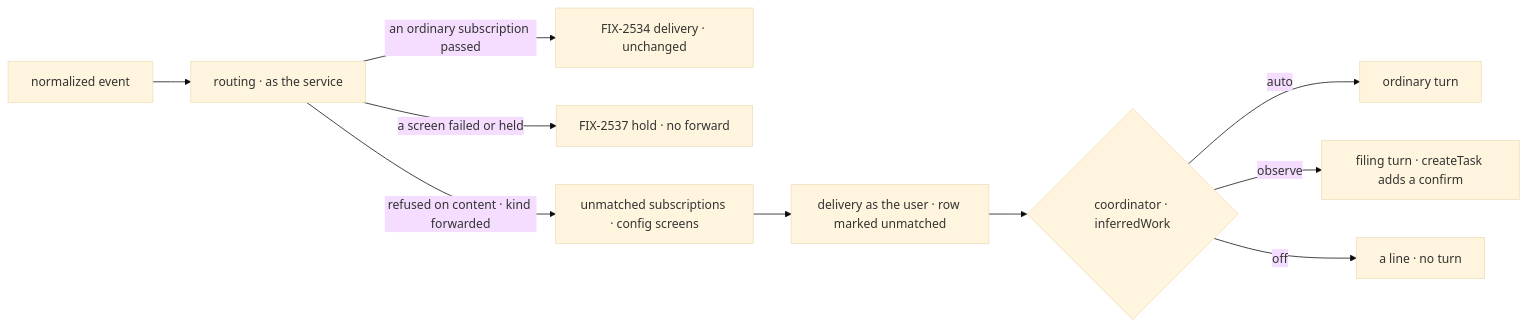
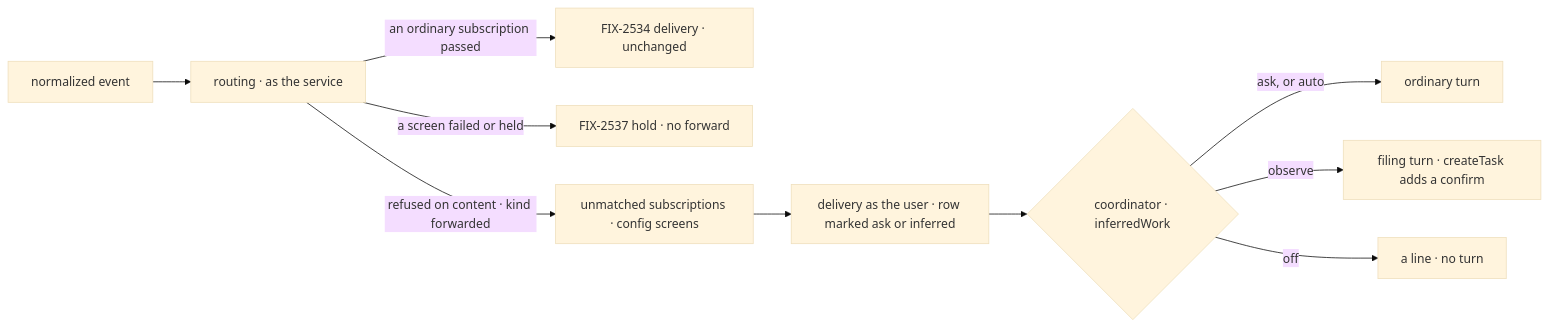
One commit to fixpoint-labs/flow-state-dev changed the third of 3 diagrams in specs/issues/FIX-2538/SPEC.md. Above: the diagram before and after it, drawn with Mermaid (base theme). The commit also changed other lines of this file and 1 other file, not shown here.

````diff
--- a/specs/issues/FIX-2538/SPEC.md
+++ b/specs/issues/FIX-2538/SPEC.md
@@ -93,12 +94,12 @@
 ```mermaid
 flowchart LR
   E["normalized event"] --> R["routing · as the service"]
   R -->|"an ordinary subscription passed"| D["FIX-2534 delivery · unchanged"]
   R -->|"a screen failed or held"| H0["FIX-2537 hold · no forward"]
   R -->|"refused on content · kind forwarded"| U["unmatched subscriptions · config screens"]
-  U --> M["delivery as the user · row marked unmatched"]
+  U --> M["delivery as the user · row marked ask or inferred"]
   M --> T{"coordinator · inferredWork"}
-  T -->|"auto"| W["ordinary turn"]
+  T -->|"ask, or auto"| W["ordinary turn"]
   T -->|"observe"| H["filing turn · createTask adds a confirm"]
   T -->|"off"| N["a line · no turn"]
 ```
````
